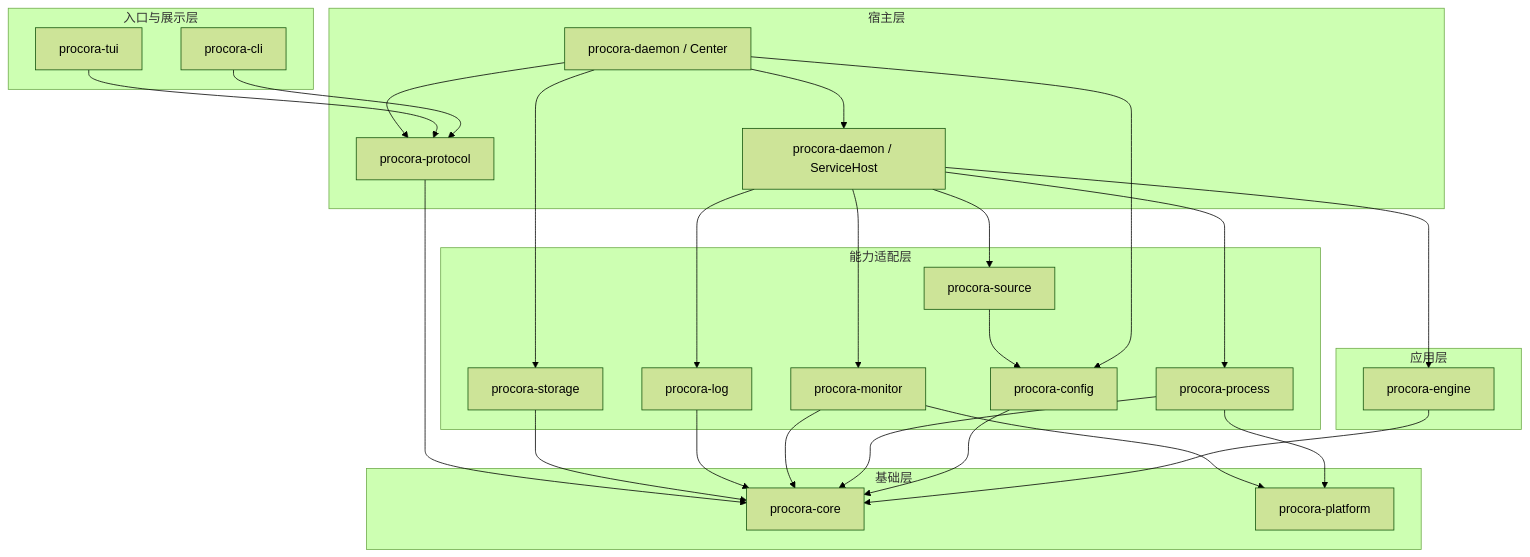
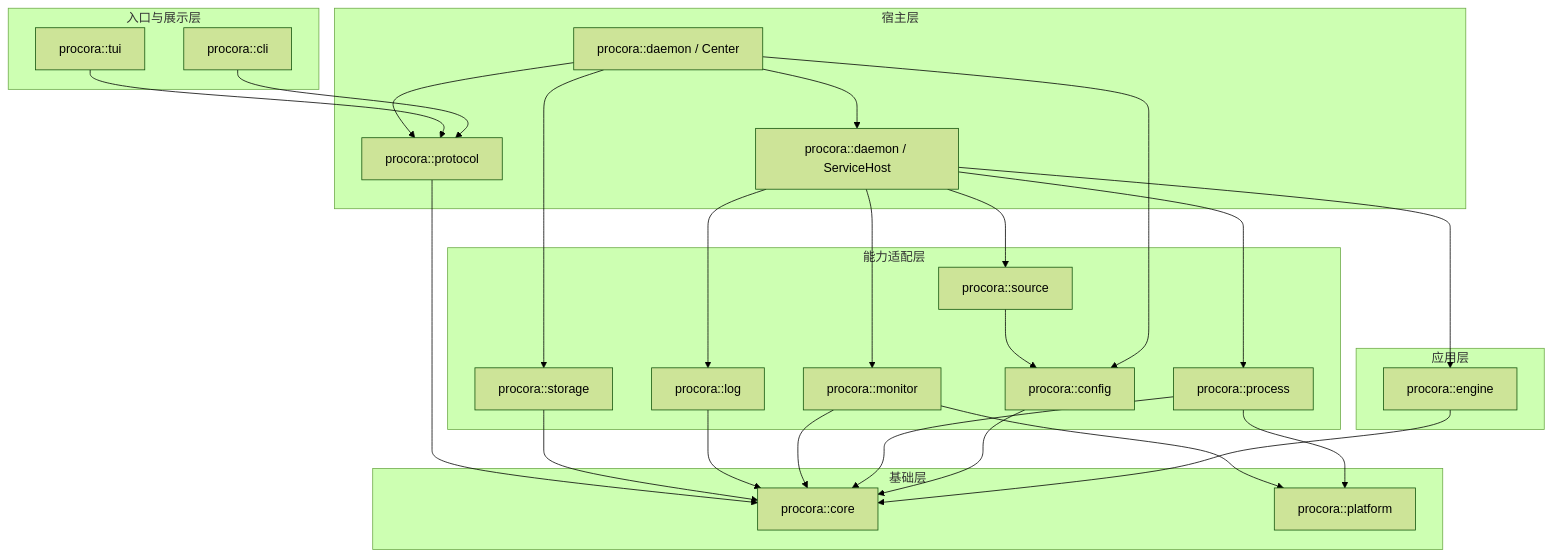
Before and after one commit to laull9/procora: the diagram in docs/architecture.md, drawn with Mermaid (forest theme). The commit also changed other lines of this file and 162 other files, not shown here.

````diff
--- a/docs/architecture.md
+++ b/docs/architecture.md
@@ -44,53 +44,53 @@
 ```mermaid
 flowchart TB
     subgraph Presentation[入口与展示层]
-        CLI[procora-cli]
-        TUI[procora-tui]
+        CLI[procora::cli]
+        TUI[procora::tui]
     end
 
     subgraph Host[宿主层]
-        Center[procora-daemon / Center]
-        ServiceHost[procora-daemon / ServiceHost]
-        Protocol[procora-protocol]
+        Center[procora::daemon / Center]
+        ServiceHost[procora::daemon / ServiceHost]
+        Protocol[procora::protocol]
     end
 
     subgraph Application[应用层]
-        Engine[procora-engine]
+        Engine[procora::engine]
     end
 
     subgraph Adapters[能力适配层]
-        Config[procora-config]
-        Source[procora-source]
-        Process[procora-process]
-        Monitor[procora-monitor]
-        Log[procora-log]
-        Storage[procora-storage]
+        Config[procora::config]
+        Source[procora::source]
+        Process[procora::process]
+        Monitor[procora::monitor]
+        Log[procora::log]
+        Storage[procora::storage]
     end
 
     subgraph Foundation[基础层]
-        Core[procora-core]
-        Platform[procora-platform]
+        Core[procora::core]
+        Platform[procora::platform]
     end
 
     CLI --> Protocol
     TUI --> Protocol
     Center --> Protocol
     Center --> ServiceHost
     Center --> Config
     Center --> Storage
     ServiceHost --> Engine
     ServiceHost --> Source
     ServiceHost --> Process
     ServiceHost --> Monitor
     ServiceHost --> Log
     Engine --> Core
     Config --> Core
     Process --> Platform
     Monitor --> Platform
     Process --> Core
     Monitor --> Core
     Log --> Core
     Source --> Config
     Storage --> Core
     Protocol --> Core
 ```
````
